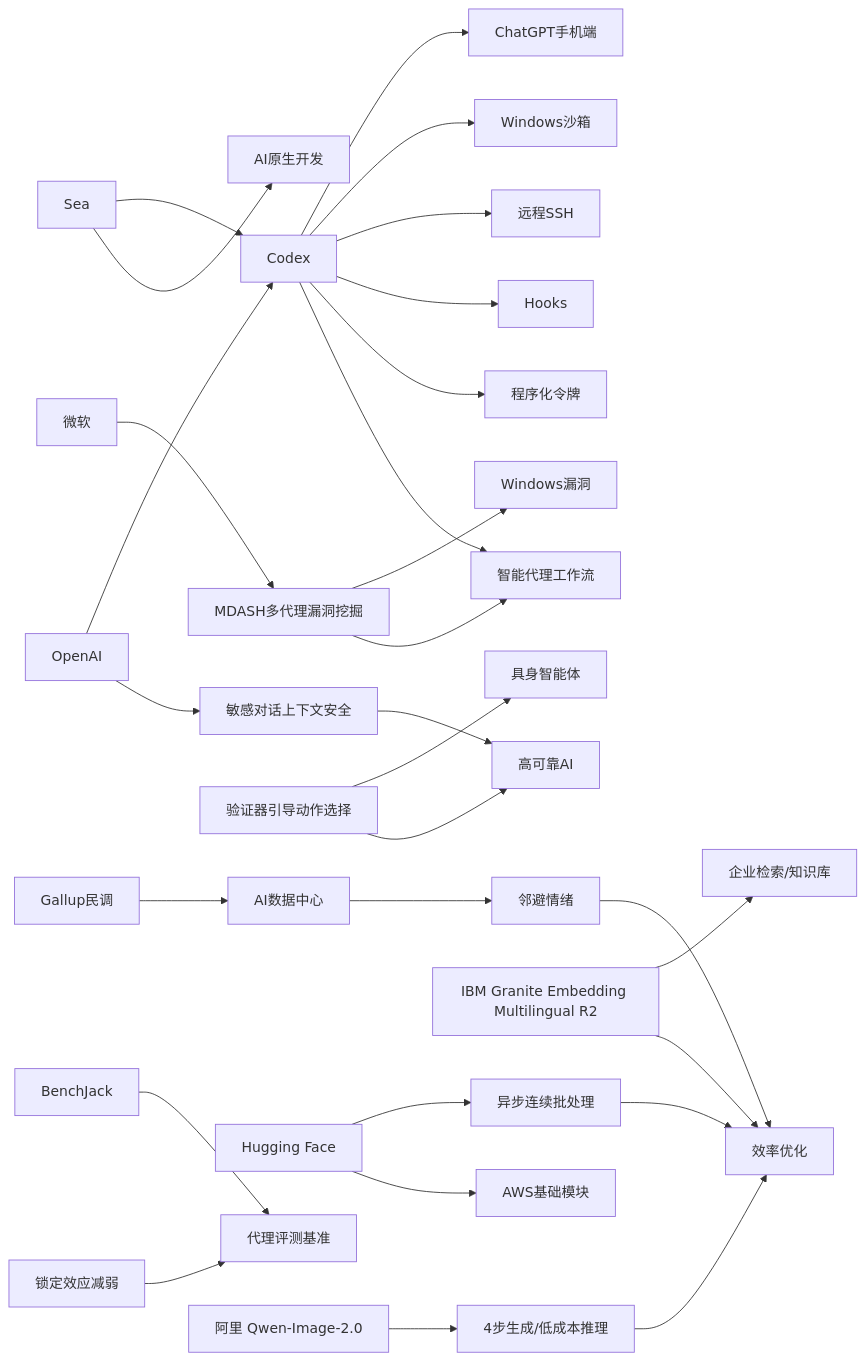
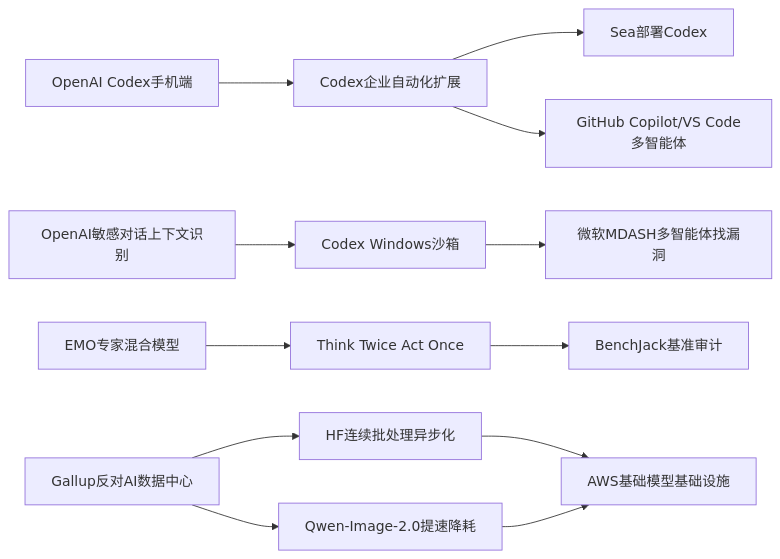
One commit to zhuxinfei/ai-daily-site changed the diagram in content/cn/2026/2026-05/2026-05-15.md. Above: the diagram before and after it, drawn with Mermaid. The commit also changed other lines of this file, not shown here.

````diff
--- a/content/cn/2026/2026-05/2026-05-15.md
+++ b/content/cn/2026/2026-05/2026-05-15.md
@@ -110,73 +110,32 @@
 ```mermaid
 graph LR
-    OpenAI[OpenAI]
-    Codex[Codex]
-    ChatGPTMobile[ChatGPT手机端]
-    WinSandbox[Windows沙箱]
-    SSH[远程SSH]
-    Hooks[Hooks]
-    Token[程序化令牌]
-    Sea[Sea]
-    AINative[AI原生开发]
+    A[OpenAI Codex手机端]
+    B[Codex企业自动化扩展]
+    C[Sea部署Codex]
+    D[GitHub Copilot/VS Code多智能体]
+    E[OpenAI敏感对话上下文识别]
+    F[Codex Windows沙箱]
+    G[微软MDASH多智能体找漏洞]
+    H[EMO专家混合模型]
+    I[Think Twice Act Once]
+    J[BenchJack基准审计]
+    K[Gallup反对AI数据中心]
+    L[HF连续批处理异步化]
+    M[Qwen-Image-2.0提速降耗]
+    N[AWS基础模型基础设施]
 
-    Microsoft[微软]
-    MDASH[MDASH多代理漏洞挖掘]
-    Windows[Windows漏洞]
+    A --> B
+    B --> C
+    B --> D
 
-    Safety[敏感对话上下文安全]
-    Verifier[验证器引导动作选择]
-    Embodied[具身智能体]
+    E --> F
+    F --> G
 
-    Gallup[Gallup民调]
-    DC[AI数据中心]
-    NIMBY[邻避情绪]
+    H --> I
+    I --> J
 
-    HF[Hugging Face]
-    AsyncBatch[异步连续批处理]
-    AWS[AWS基础模块]
-
-    IBM[IBM Granite Embedding Multilingual R2]
-    Retrieval[企业检索/知识库]
-
-    BenchJack[BenchJack]
-    Benchmark[代理评测基准]
-    LockIn[锁定效应减弱]
-
-    Alibaba[阿里 Qwen-Image-2.0]
-    EfficientGen[4步生成/低成本推理]
-
-    OpenAI --> Codex
-    Codex --> ChatGPTMobile
-    Codex --> WinSandbox
-    Codex --> SSH
-    Codex --> Hooks
-    Codex --> Token
-    Sea --> Codex
-    Sea --> AINative
-
-    Microsoft --> MDASH
-    MDASH --> Windows
-
-    OpenAI --> Safety
-    Verifier --> Embodied
-
-    Gallup --> DC
-    DC --> NIMBY
-
-    HF --> AsyncBatch
-    HF --> AWS
-    IBM --> Retrieval
-    Alibaba --> EfficientGen
-
-    BenchJack --> Benchmark
-    LockIn --> Benchmark
-
-    Codex --> AIAgent[智能代理工作流]
-    MDASH --> AIAgent
-    Safety --> Trust[高可靠AI]
-    Verifier --> Trust
-    AsyncBatch --> Efficiency[效率优化]
-    EfficientGen --> Efficiency
-    IBM --> Efficiency
-    NIMBY --> Efficiency
+    K --> L
+    K --> M
+    L --> N
+    M --> N
 ```
````
